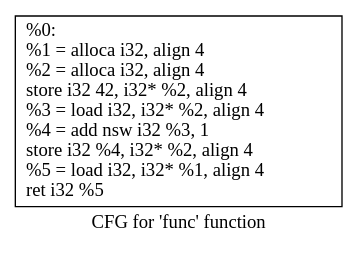
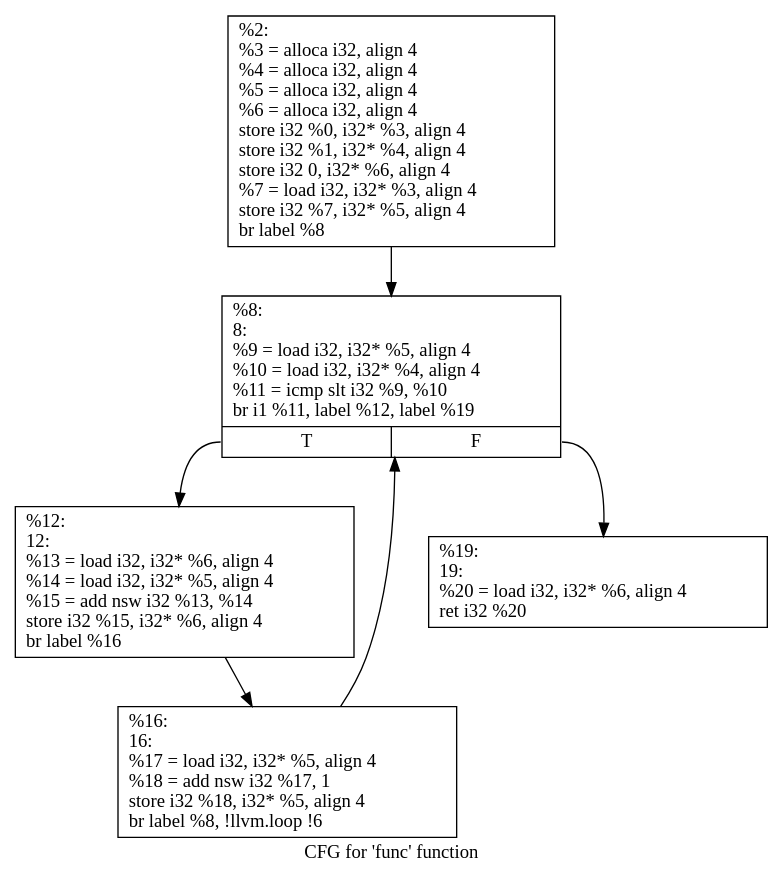
One commit to angelaclan/CSA changed the diagram in PartieAnalyseStatique/example/cfg.dot. Above: the diagram before and after it, drawn with Graphviz. The commit also changed 4 other files, not shown here.

```diff
--- a/PartieAnalyseStatique/example/cfg.dot
+++ b/PartieAnalyseStatique/example/cfg.dot
@@ -1,5 +1,14 @@
 digraph "CFG for 'func' function" {
 	label="CFG for 'func' function";
 
-	Node0x1c9a050 [shape=record,label="{%0:\l  %1 = alloca i32, align 4\l  %2 = alloca i32, align 4\l  store i32 42, i32* %2, align 4\l  %3 = load i32, i32* %2, align 4\l  %4 = add nsw i32 %3, 1\l  store i32 %4, i32* %2, align 4\l  %5 = load i32, i32* %1, align 4\l  ret i32 %5\l}"];
+	Node0x55aaff7cf430 [shape=record,label="{%2:\l  %3 = alloca i32, align 4\l  %4 = alloca i32, align 4\l  %5 = alloca i32, align 4\l  %6 = alloca i32, align 4\l  store i32 %0, i32* %3, align 4\l  store i32 %1, i32* %4, align 4\l  store i32 0, i32* %6, align 4\l  %7 = load i32, i32* %3, align 4\l  store i32 %7, i32* %5, align 4\l  br label %8\l}"];
+	Node0x55aaff7cf430 -> Node0x55aaff7d3080;
+	Node0x55aaff7d3080 [shape=record,label="{%8:\l8:                                                \l  %9 = load i32, i32* %5, align 4\l  %10 = load i32, i32* %4, align 4\l  %11 = icmp slt i32 %9, %10\l  br i1 %11, label %12, label %19\l|{<s0>T|<s1>F}}"];
+	Node0x55aaff7d3080:s0 -> Node0x55aaff7d30d0;
+	Node0x55aaff7d3080:s1 -> Node0x55aaff7d3170;
+	Node0x55aaff7d30d0 [shape=record,label="{%12:\l12:                                               \l  %13 = load i32, i32* %6, align 4\l  %14 = load i32, i32* %5, align 4\l  %15 = add nsw i32 %13, %14\l  store i32 %15, i32* %6, align 4\l  br label %16\l}"];
+	Node0x55aaff7d30d0 -> Node0x55aaff7d3120;
+	Node0x55aaff7d3120 [shape=record,label="{%16:\l16:                                               \l  %17 = load i32, i32* %5, align 4\l  %18 = add nsw i32 %17, 1\l  store i32 %18, i32* %5, align 4\l  br label %8, !llvm.loop !6\l}"];
+	Node0x55aaff7d3120 -> Node0x55aaff7d3080;
+	Node0x55aaff7d3170 [shape=record,label="{%19:\l19:                                               \l  %20 = load i32, i32* %6, align 4\l  ret i32 %20\l}"];
 }
```
